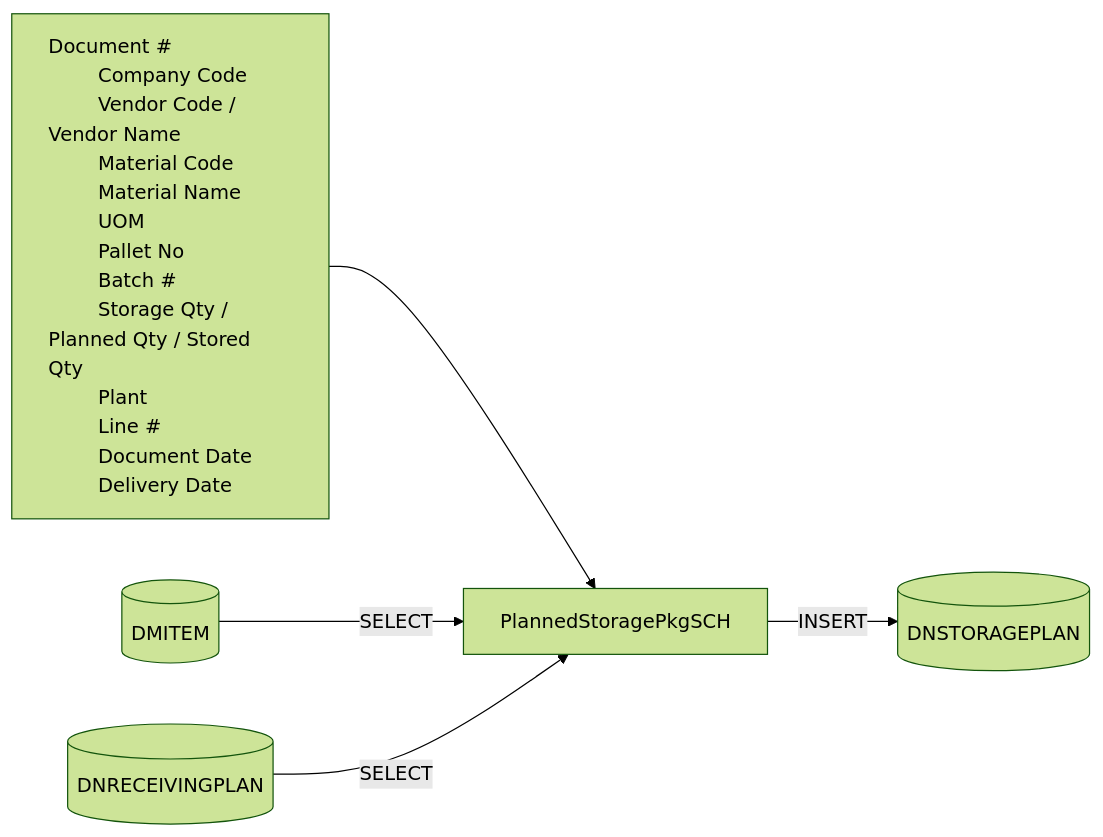
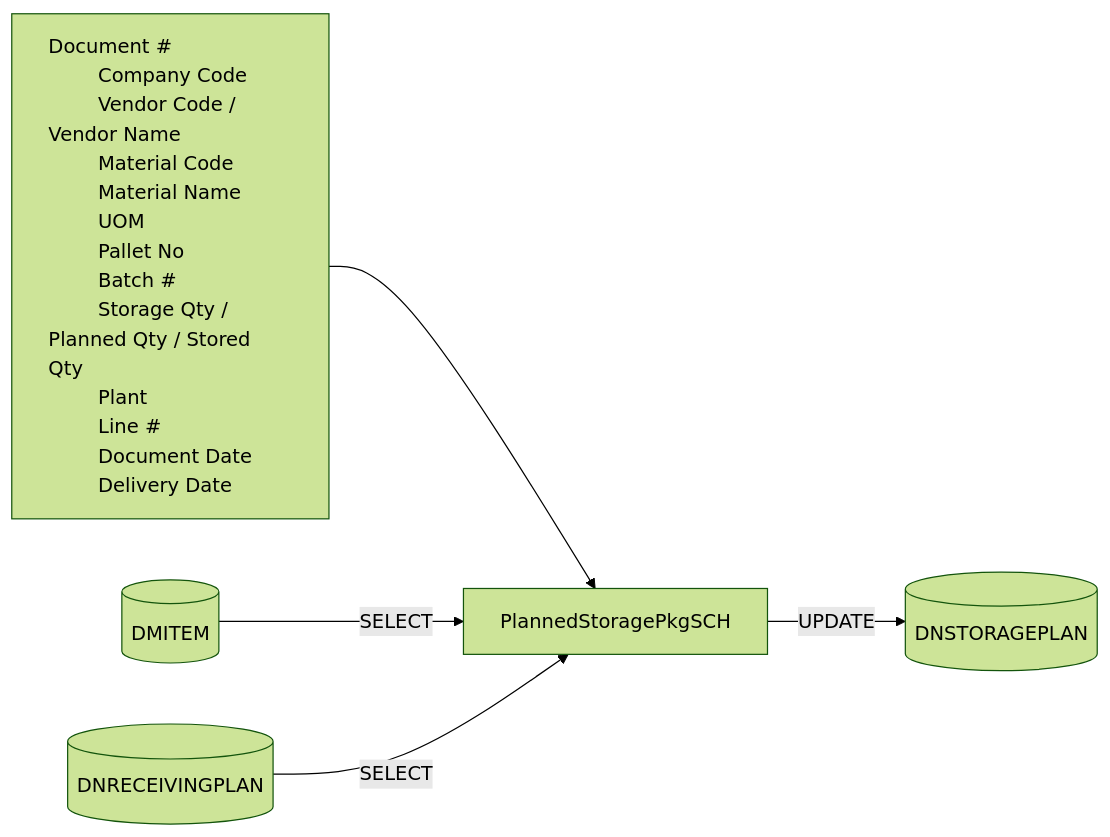
Before and after one commit to luthfiadityaa/SimeDarby-Wiki: the first of 2 diagrams in Basic-Design/DFD-WMS/Storage/[SCREEN-ONLY]-Planned-Storage-Packaging-Material.md, drawn with Mermaid (forest theme).

Commit message:
Updated [SCREEN ONLY] Planned Storage Packaging Material

```diff
--- a/Basic-Design/DFD-WMS/Storage/[SCREEN-ONLY]-Planned-Storage-Packaging-Material.md
+++ b/Basic-Design/DFD-WMS/Storage/[SCREEN-ONLY]-Planned-Storage-Packaging-Material.md
@@ -35,38 +35,38 @@
 ::: mermaid
 flowchart LR
     input[
         Document #
         Company Code
         Vendor Code / Vendor Name
         Material Code
         Material Name
         UOM
         Pallet No        
         Batch #
         Storage Qty / Planned Qty / Stored Qty        
         Plant
         Line #
         Document Date
         Delivery Date
     ]
 
     tableList-select[("
         DMITEM
     ")]
 
     tableList-select2[("
         DNRECEIVINGPLAN
     ")]
 
-    tableList-insert[("
+    tableList-update[("
         DNSTORAGEPLAN
     ")]
 
     className[PlannedStoragePkgSCH]
 
-    input --> className--> |INSERT| tableList-insert
+    input --> className--> |UPDATE| tableList-update
     tableList-select--> |SELECT| className 
     tableList-select2--> |SELECT| className 
 
     style input text-align:left
 :::
```
